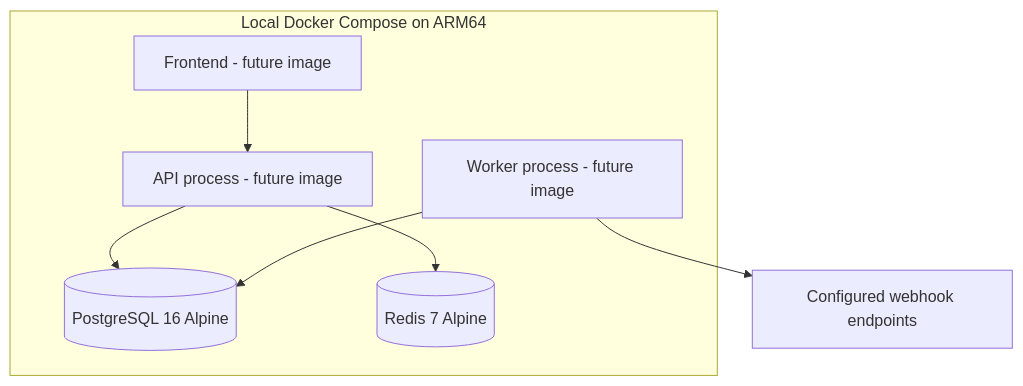
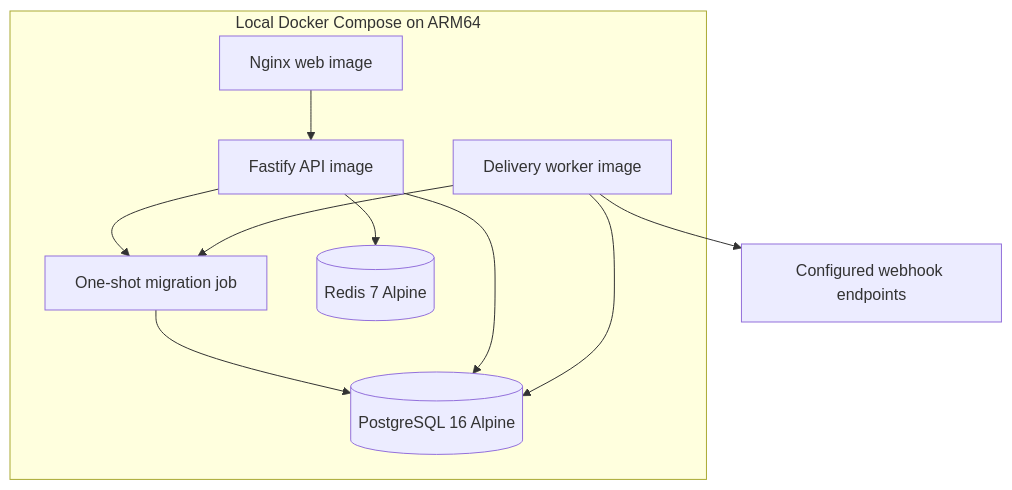
One commit to prajexec/HookForge changed the seventh of 7 diagrams in docs/architecture/diagrams.md. Above: the diagram before and after it, drawn with Mermaid. The commit also changed 13 other files, not shown here.

````diff
--- a/docs/architecture/diagrams.md
+++ b/docs/architecture/diagrams.md
@@ -103,15 +103,19 @@
 ```mermaid
 flowchart TB
   subgraph DockerCompose[Local Docker Compose on ARM64]
-    API[API process - future image]
-    Worker[Worker process - future image]
+    Migrate[One-shot migration job]
+    API[Fastify API image]
+    Worker[Delivery worker image]
     PG[(PostgreSQL 16 Alpine)]
     Redis[(Redis 7 Alpine)]
-    Web[Frontend - future image]
+    Web[Nginx web image]
   end
+  Migrate --> PG
+  API --> Migrate
+  Worker --> Migrate
   API --> PG
   API --> Redis
   Worker --> PG
   Web --> API
   Worker --> Internet[Configured webhook endpoints]
 ```
````
